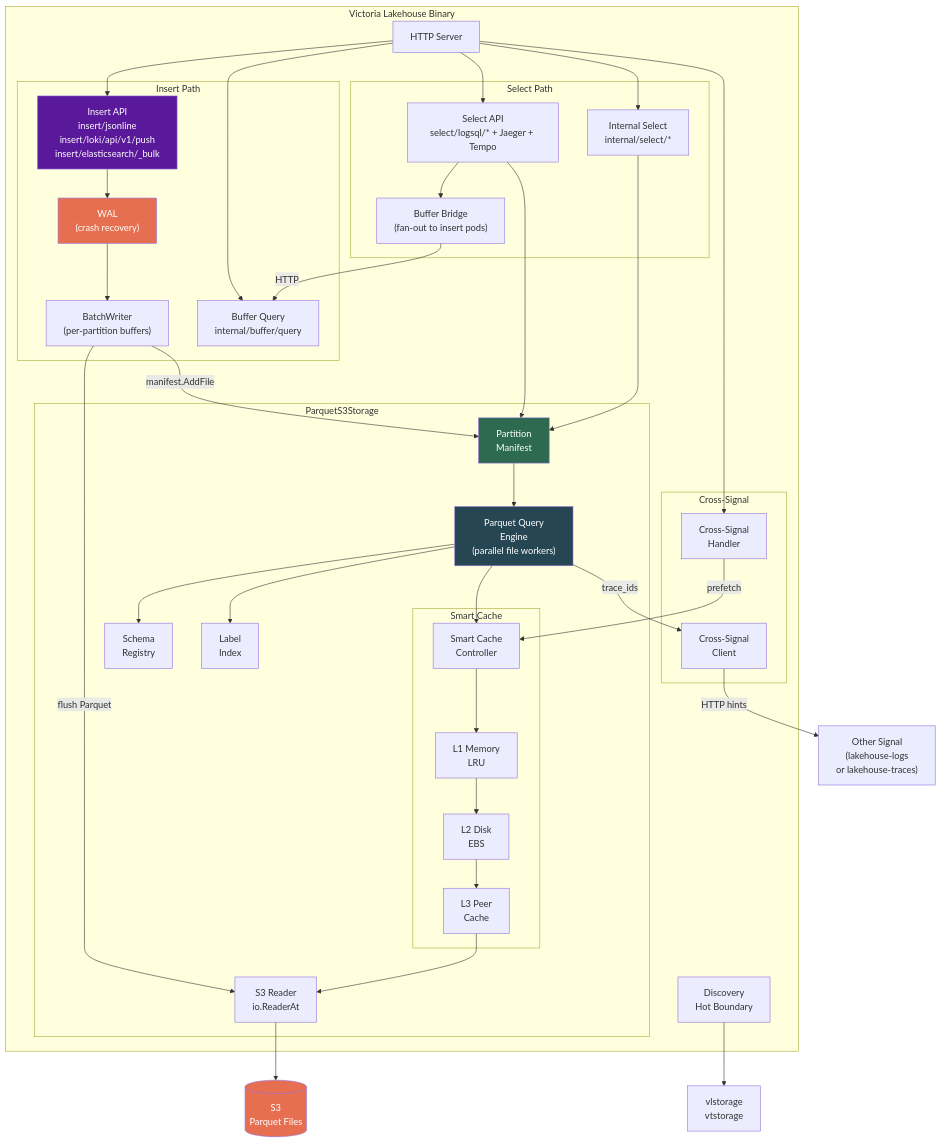
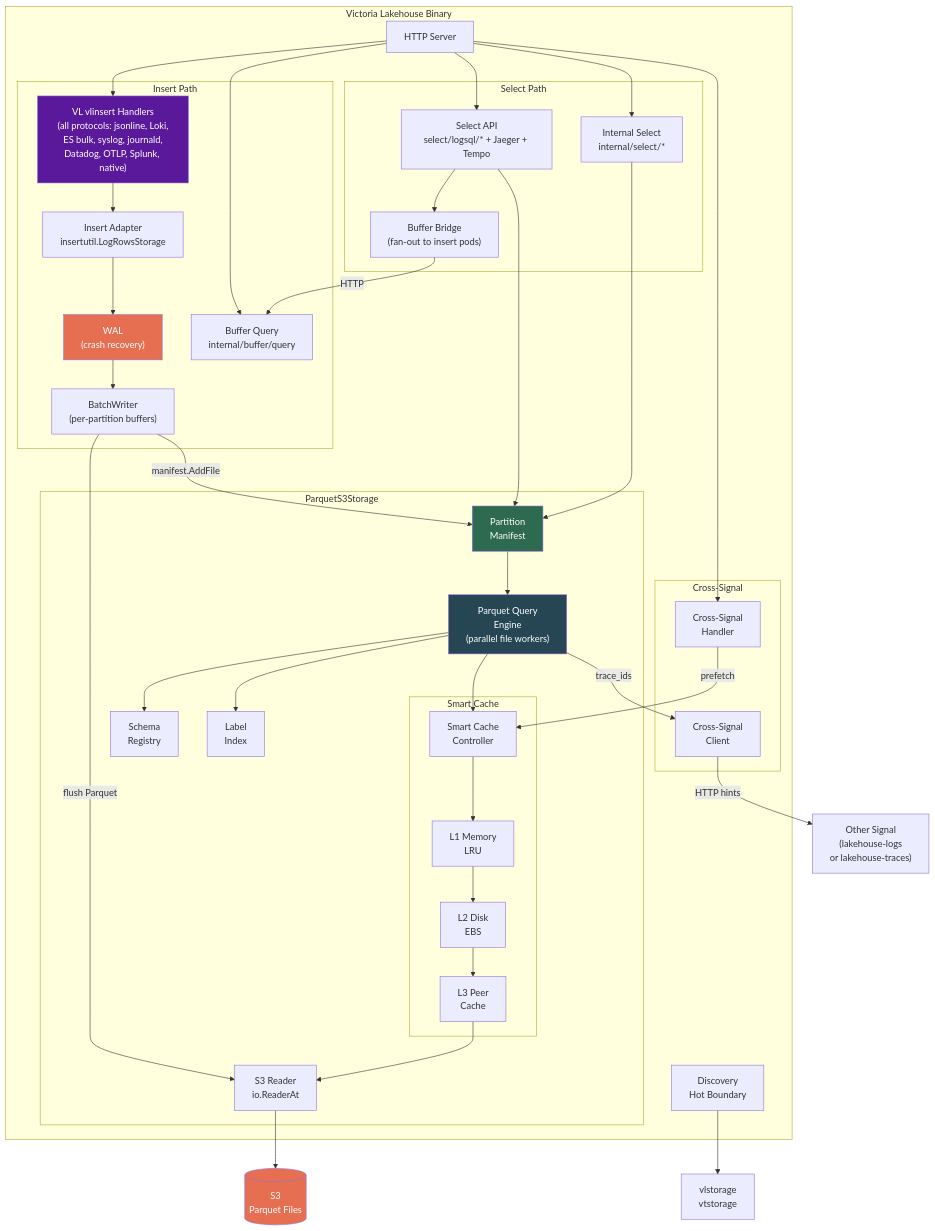
One commit to ReliablyObserve/victoria-lakehouse changed the first of 15 diagrams in docs/architecture.md. Above: the diagram before and after it, drawn with Mermaid. The commit also changed other lines of this file and 86 other files, not shown here.

````diff
--- a/docs/architecture.md
+++ b/docs/architecture.md
@@ -12,76 +12,78 @@
 ```mermaid
 graph TD
     subgraph "Victoria Lakehouse Binary"
         HTTP["HTTP Server"]
         
         subgraph "Insert Path"
-            INS["Insert API<br/>insert/jsonline<br/>insert/loki/api/v1/push<br/>insert/elasticsearch/_bulk"]
+            INS["VL vlinsert Handlers<br/>(all protocols: jsonline, Loki,<br/>ES bulk, syslog, journald,<br/>Datadog, OTLP, Splunk, native)"]
+            INSAD["Insert Adapter<br/>insertutil.LogRowsStorage"]
             WAL["WAL<br/>(crash recovery)"]
             BW["BatchWriter<br/>(per-partition buffers)"]
             BB["Buffer Query<br/>internal/buffer/query"]
         end
         
         subgraph "Select Path"
             API["Select API<br/>select/logsql/* + Jaeger + Tempo"]
             IS["Internal Select<br/>internal/select/*"]
             BRIDGE["Buffer Bridge<br/>(fan-out to insert pods)"]
         end
         
         subgraph "ParquetS3Storage"
             MF["Partition<br/>Manifest"]
             QE["Parquet Query<br/>Engine<br/>(parallel file workers)"]
             SR["Schema<br/>Registry"]
             
             subgraph "Smart Cache"
                 SC["Smart Cache<br/>Controller"]
                 L1["L1 Memory<br/>LRU"]
                 L2["L2 Disk<br/>EBS"]
                 PC["L3 Peer<br/>Cache"]
             end
             
             S3R["S3 Reader<br/>io.ReaderAt"]
             LI["Label<br/>Index"]
         end
         
         subgraph "Cross-Signal"
             CSC["Cross-Signal<br/>Client"]
             CSH["Cross-Signal<br/>Handler"]
         end
         
         DISC["Discovery<br/>Hot Boundary"]
     end
     
     HTTP --> INS
+    INS --> INSAD
     HTTP --> API
     HTTP --> IS
     HTTP --> BB
     HTTP --> CSH
-    INS --> WAL
+    INSAD --> WAL
     WAL --> BW
     BW -->|flush Parquet| S3R
     BW -->|manifest.AddFile| MF
     API --> MF
     API --> BRIDGE
     BRIDGE -->|HTTP| BB
     IS --> MF
     MF --> QE
     QE --> SR
     QE --> SC
     SC --> L1
     L1 --> L2
     L2 --> PC
     PC --> S3R
     QE --> LI
     QE -->|trace_ids| CSC
     CSC -->|HTTP hints| OTHER["Other Signal<br/>(lakehouse-logs<br/>or lakehouse-traces)"]
     CSH -->|prefetch| SC
     
     S3R --> S3[("S3<br/>Parquet Files")]
     DISC --> HOT["vlstorage<br/>vtstorage"]
 
     style MF fill:#2d6a4f,color:#fff
     style QE fill:#264653,color:#fff
     style S3 fill:#e76f51,color:#fff
     style WAL fill:#e76f51,color:#fff
     style INS fill:#5a189a,color:#fff
 ```
````
